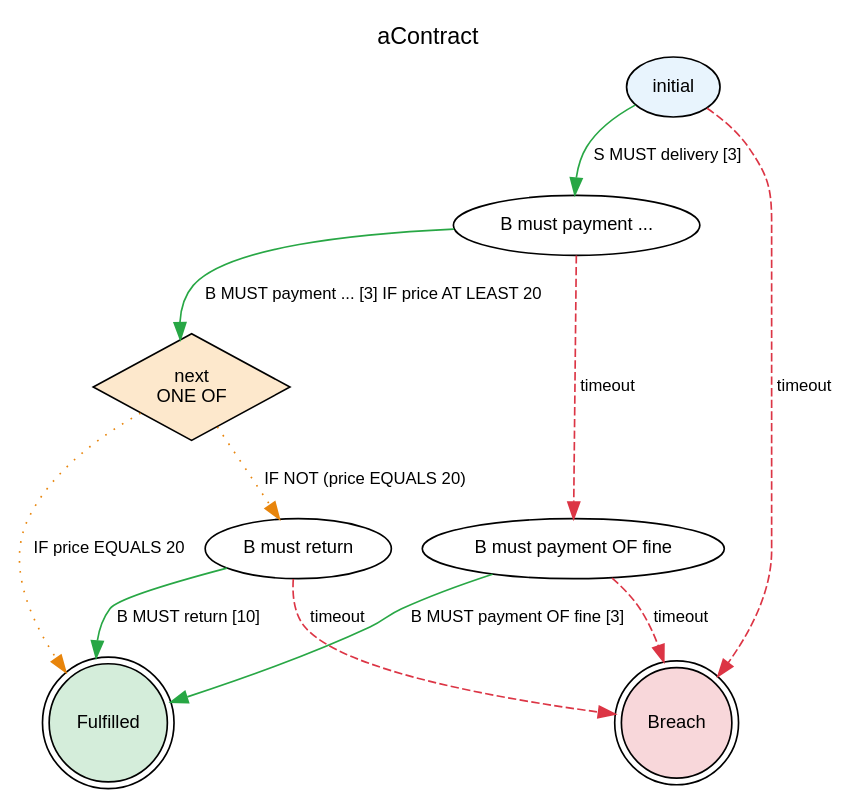
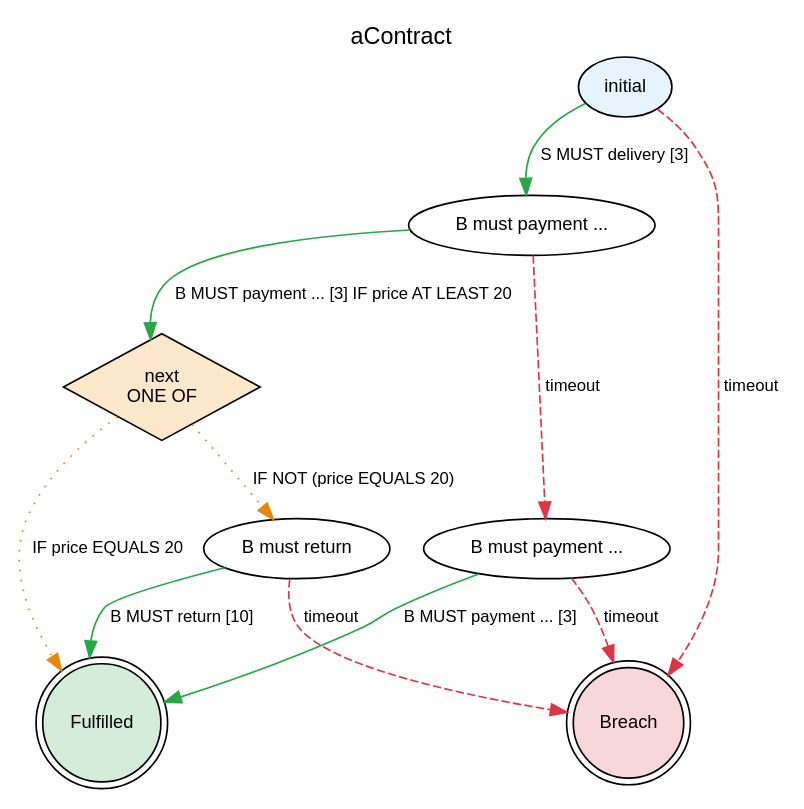
One commit to legalese/l4-ide changed the diagram in etc/lts-reader-proxy/contracts/B.dot. Above: the diagram before and after it, drawn with Graphviz. The commit also changed 18 other files, not shown here.

```diff
--- a/etc/lts-reader-proxy/contracts/B.dot
+++ b/etc/lts-reader-proxy/contracts/B.dot
@@ -1,76 +1,76 @@
 digraph {
     graph [rankdir=TB
           ,label=aContract
           ,labelloc=t
           ,fontname=Helvetica
           ,fontsize=14];
     node [fontname=Helvetica
          ,fontsize=11];
     edge [fontname=Helvetica
          ,fontsize=10];
     0 [label=initial
       ,fillcolor=white
       ,style=filled
       ,shape=ellipse
       ,fillcolor="#e8f4fd"];
     1 [label="B must payment ..."
       ,fillcolor=white
       ,style=filled
       ,shape=ellipse
       ,fillcolor="#ffffff"];
     2 [label="next\nONE OF"
       ,fillcolor=white
       ,style=filled
       ,shape=diamond
       ,fillcolor="#fde8cc"];
     3 [label=Fulfilled
       ,fillcolor=white
       ,style=filled
       ,shape=doublecircle
       ,fillcolor="#d4edda"];
     4 [label="B must return"
       ,fillcolor=white
       ,style=filled
       ,shape=ellipse
       ,fillcolor="#ffffff"];
     5 [label=Breach
       ,fillcolor=white
       ,style=filled
       ,shape=doublecircle
       ,fillcolor="#f8d7da"];
-    6 [label="B must payment OF fine"
+    6 [label="B must payment ..."
       ,fillcolor=white
       ,style=filled
       ,shape=ellipse
       ,fillcolor="#ffffff"];
     0 -> 1 [label="S MUST delivery [3]"
            ,color="#28a745"
            ,style=solid];
     0 -> 5 [label=timeout
            ,color="#dc3545"
            ,style=dashed];
     1 -> 2 [label="B MUST payment ... [3] IF price AT LEAST 20"
            ,color="#28a745"
            ,style=solid];
     1 -> 6 [label=timeout
            ,color="#dc3545"
            ,style=dashed];
     2 -> 3 [label=" IF price EQUALS 20"
            ,color="#e8850c"
            ,style=dotted];
     2 -> 4 [label=" IF NOT (price EQUALS 20)"
            ,color="#e8850c"
            ,style=dotted];
     4 -> 3 [label="B MUST return [10]"
            ,color="#28a745"
            ,style=solid];
     4 -> 5 [label=timeout
            ,color="#dc3545"
            ,style=dashed];
-    6 -> 3 [label="B MUST payment OF fine [3]"
+    6 -> 3 [label="B MUST payment ... [3]"
            ,color="#28a745"
            ,style=solid];
     6 -> 5 [label=timeout
            ,color="#dc3545"
            ,style=dashed];
 }
```
